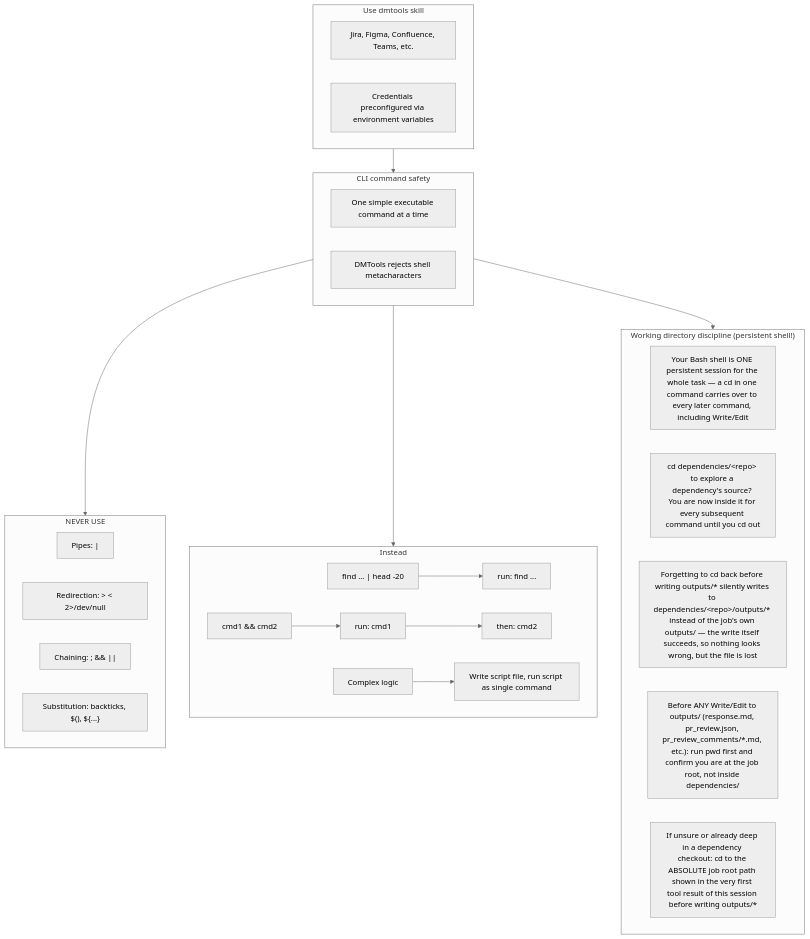
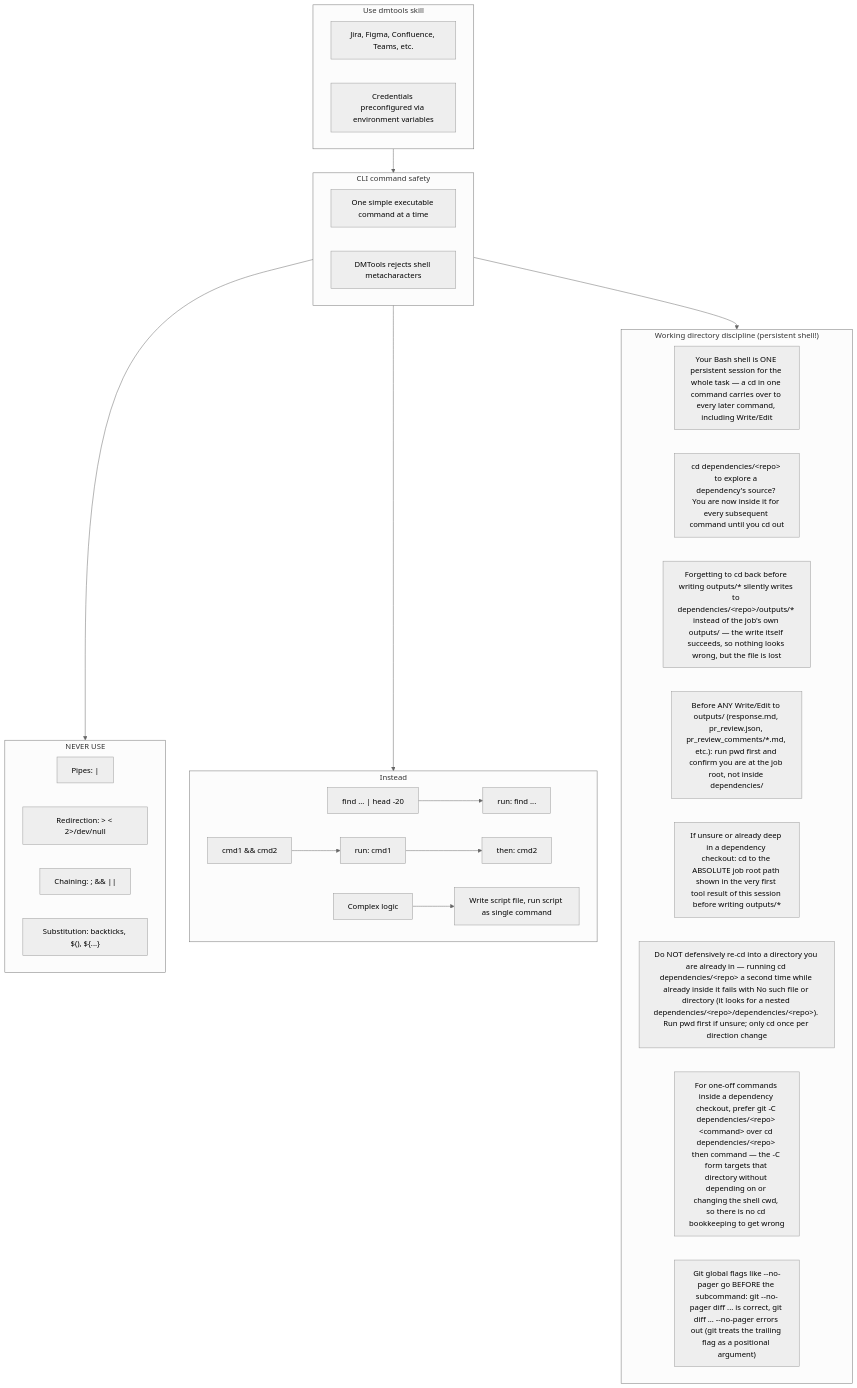
One commit to IstiN/dmtools-agents changed the diagram in prompts/bash_tools.md. Above: the diagram before and after it, drawn with Mermaid (neutral theme).

Commit message:
fix(prompts): clarify persistent-shell cwd rules in bash_tools.md
The pr_review agent (and other CLI agents loading this prompt) treated each
Bash call as a fresh shell at the monorepo root, defensively re-prepending
`cd dependencies/<repo> && ...` even when already inside that directory —
which then failed with "No such file or directory". Add guidance to:

- not re-cd into a directory already current (only cd once per direction change)
- prefer `git -C <dir> <command>` for one-off commands in a dependency checkout
- place git global flags like `--no-pager` before the subcommand

````diff
--- a/prompts/bash_tools.md
+++ b/prompts/bash_tools.md
@@ -1,38 +1,41 @@
 ```mermaid
 flowchart TD
     subgraph USE["Use dmtools skill"]
         U1["Jira, Figma, Confluence, Teams, etc."]
         U2["Credentials preconfigured via environment variables"]
     end
 
     subgraph SAFETY["CLI command safety"]
         S1["One simple executable command at a time"]
         S2["DMTools rejects shell metacharacters"]
     end
 
     subgraph FORBIDDEN["NEVER USE"]
         F1["Pipes: |"]
         F2["Redirection: > < 2>/dev/null"]
         F3["Chaining: ; && ||"]
         F4["Substitution: backticks, $(), ${...}"]
     end
 
     subgraph EXAMPLES["Instead"]
         E1["find ... | head -20"] --> E1a["run: find ..."]
         E2["cmd1 && cmd2"] --> E2a["run: cmd1"] --> E2b["then: cmd2"]
         E3["Complex logic"] --> E3a["Write script file, run script as single command"]
     end
 
     subgraph CWD["Working directory discipline (persistent shell!)"]
         C1["Your Bash shell is ONE persistent session for the whole task — a cd in one command carries over to every later command, including Write/Edit"]
         C2["cd dependencies/&lt;repo&gt; to explore a dependency's source? You are now inside it for every subsequent command until you cd out"]
         C3["Forgetting to cd back before writing outputs/* silently writes to dependencies/&lt;repo&gt;/outputs/* instead of the job's own outputs/ — the write itself succeeds, so nothing looks wrong, but the file is lost"]
         C4["Before ANY Write/Edit to outputs/ (response.md, pr_review.json, pr_review_comments/*.md, etc.): run pwd first and confirm you are at the job root, not inside dependencies/"]
         C5["If unsure or already deep in a dependency checkout: cd to the ABSOLUTE job root path shown in the very first tool result of this session before writing outputs/*"]
+        C6["Do NOT defensively re-cd into a directory you are already in — running cd dependencies/&lt;repo&gt; a second time while already inside it fails with No such file or directory (it looks for a nested dependencies/&lt;repo&gt;/dependencies/&lt;repo&gt;). Run pwd first if unsure; only cd once per direction change"]
+        C7["For one-off commands inside a dependency checkout, prefer git -C dependencies/&lt;repo&gt; &lt;command&gt; over cd dependencies/&lt;repo&gt; then command — the -C form targets that directory without depending on or changing the shell cwd, so there is no cd bookkeeping to get wrong"]
+        C8["Git global flags like --no-pager go BEFORE the subcommand: git --no-pager diff ... is correct, git diff ... --no-pager errors out (git treats the trailing flag as a positional argument)"]
     end
 
     USE --> SAFETY
     SAFETY --> FORBIDDEN
     SAFETY --> EXAMPLES
     SAFETY --> CWD
 ```
````
